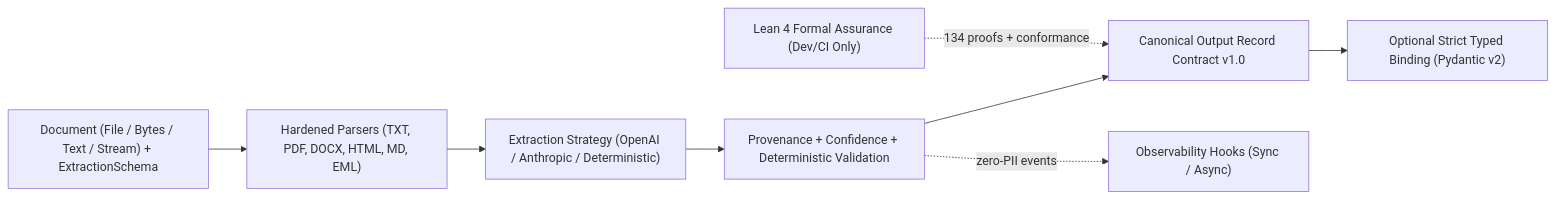
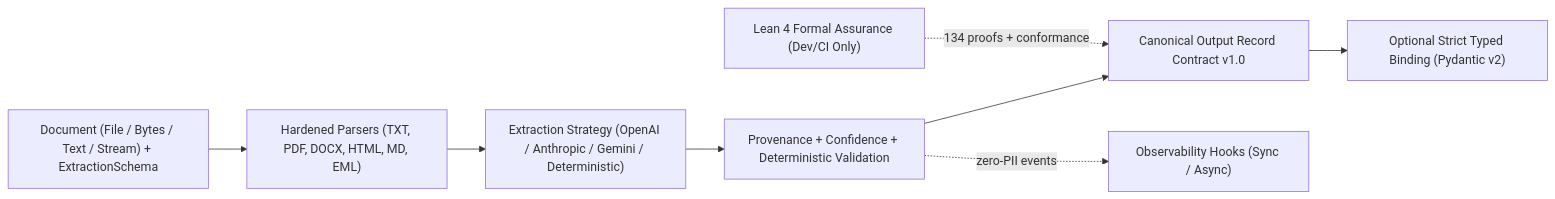
The diagram in README.md (ivnmoreno/structa-maestro), drawn with Mermaid before and after one commit. The commit also changed other lines of this file and 16 other files, not shown here.

First line of the commit message:
feat(gemini-llm-strategy): add native Google Gemini sync & async strategies

````diff
--- a/README.md
+++ b/README.md
@@ -34,10 +34,10 @@
 ```mermaid
 flowchart LR
     In["Document (File / Bytes / Text / Stream) + ExtractionSchema"] --> Parse["Hardened Parsers (TXT, PDF, DOCX, HTML, MD, EML)"]
-    Parse --> Strat["Extraction Strategy (OpenAI / Anthropic / Deterministic)"]
+    Parse --> Strat["Extraction Strategy (OpenAI / Anthropic / Gemini / Deterministic)"]
     Strat --> Verify["Provenance + Confidence + Deterministic Validation"]
     Verify --> Contract["Canonical Output Record Contract v1.0"]
     Contract --> Bind["Optional Strict Typed Binding (Pydantic v2)"]
     Verify -. "zero-PII events" .-> Obs["Observability Hooks (Sync / Async)"]
     Formal["Lean 4 Formal Assurance (Dev/CI Only)"] -. "134 proofs + conformance" .-> Contract
 ```
````
